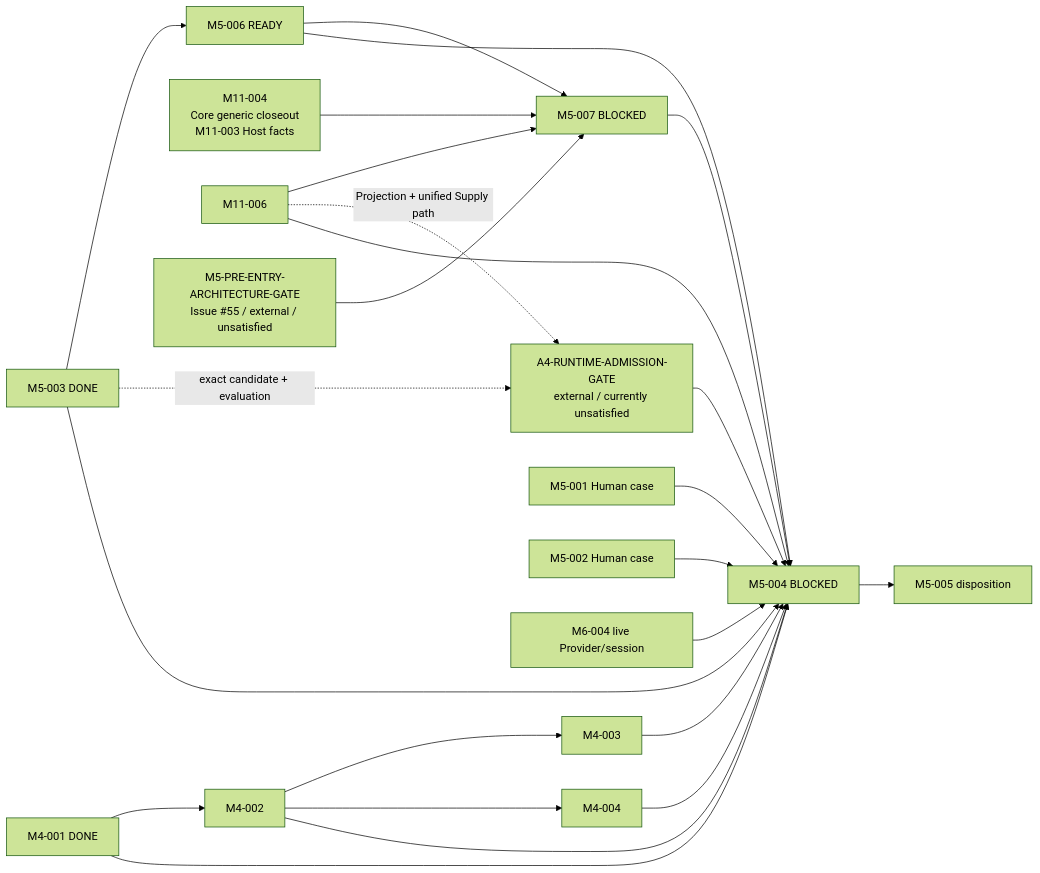
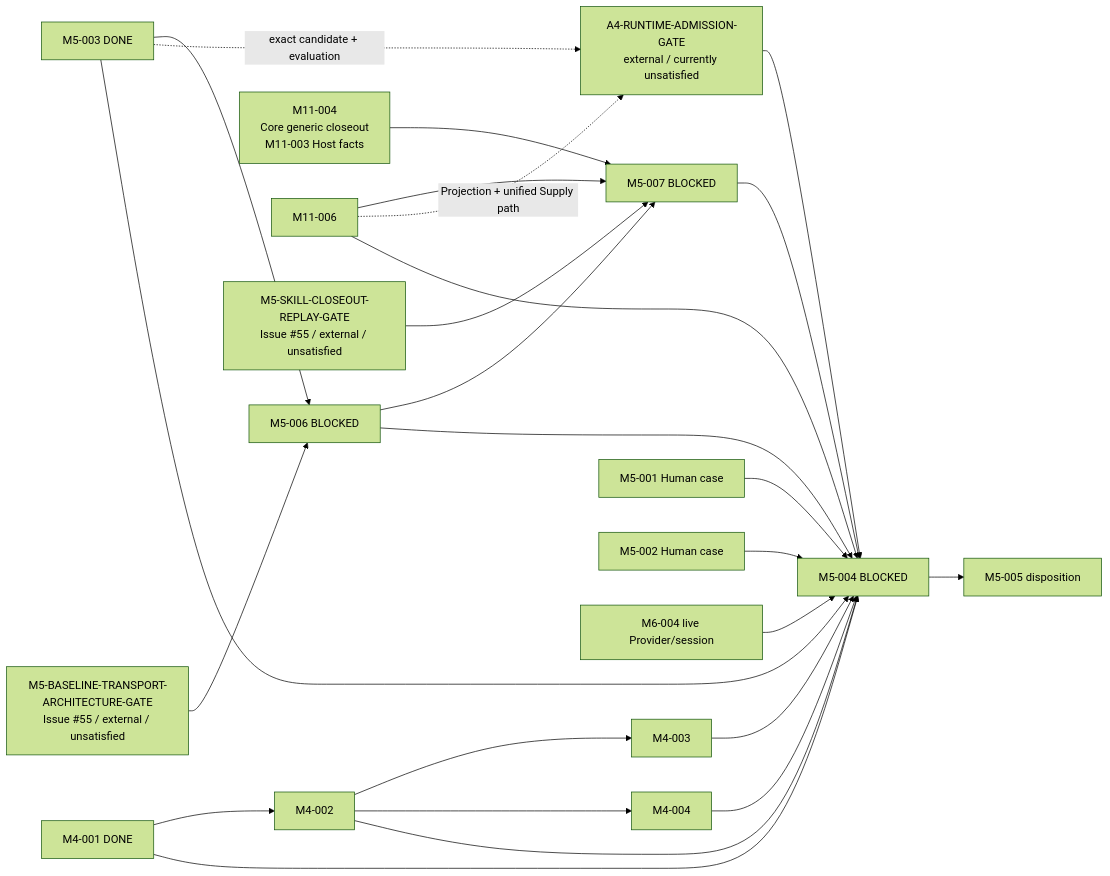
The second of 2 diagrams in docs/workstreams/chengyue-lu/M5-SYSTEM-EVALUATION-DESIGN/README.md (Chengyue-Lu/research-agent-workbench), drawn with Mermaid (forest theme) before and after one commit. The commit also changed other lines of this file and 5 other files, not shown here.

Commit message:
docs(m5): split pre-entry architecture gates

````diff
--- a/docs/workstreams/chengyue-lu/M5-SYSTEM-EVALUATION-DESIGN/README.md
+++ b/docs/workstreams/chengyue-lu/M5-SYSTEM-EVALUATION-DESIGN/README.md
@@ -223,29 +238,30 @@
 ```mermaid
 flowchart LR
-    M5003["M5-003 DONE"] --> M5006["M5-006 READY"]
+    M5003["M5-003 DONE"] --> M5006["M5-006 BLOCKED"]
+    BTG["M5-BASELINE-TRANSPORT-ARCHITECTURE-GATE<br/>Issue #55 / external / unsatisfied"] --> M5006
     M5006 --> M5007["M5-007 BLOCKED"]
     M1104["M11-004<br/>Core generic closeout<br/>M11-003 Host facts"] --> M5007
     M1106["M11-006"] --> M5007
-    PREG["M5-PRE-ENTRY-ARCHITECTURE-GATE<br/>Issue #55 / external / unsatisfied"] --> M5007
+    SCG["M5-SKILL-CLOSEOUT-REPLAY-GATE<br/>Issue #55 / external / unsatisfied"] --> M5007
 
     M5003 -. "exact candidate + evaluation" .-> A4G["A4-RUNTIME-ADMISSION-GATE<br/>external / currently unsatisfied"]
     M1106 -. "Projection + unified Supply path" .-> A4G
     A4G --> M5004
 
     M4001["M4-001 DONE"] --> M4002["M4-002"]
     M4002 --> M4003["M4-003"]
     M4002 --> M4004["M4-004"]
 
     M5001["M5-001 Human case"] --> M5004["M5-004 BLOCKED"]
     M5002["M5-002 Human case"] --> M5004
     M5003 --> M5004
     M5006 --> M5004
     M5007 --> M5004
     M4001 --> M5004
     M4002 --> M5004
     M4003 --> M5004
     M4004 --> M5004
     M1106 --> M5004
     M6004["M6-004 live Provider/session"] --> M5004
     M5004 --> M5005["M5-005 disposition"]
 ```
````
